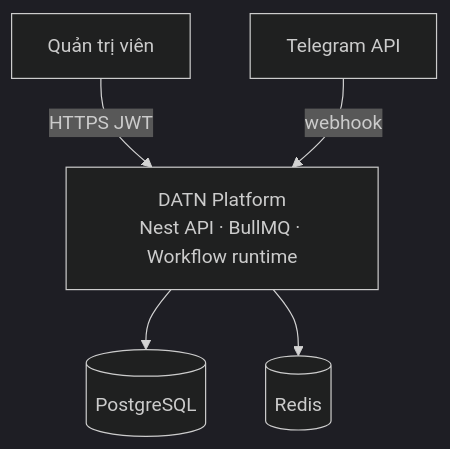
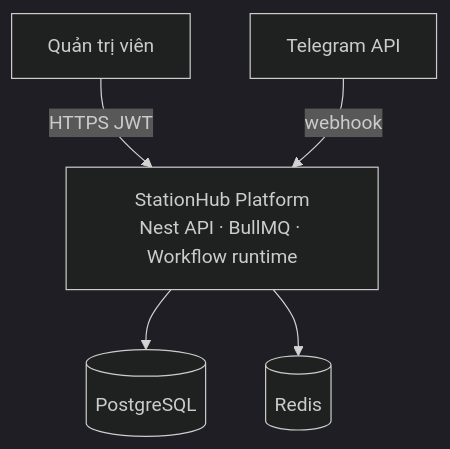
One commit to Daviseraaa/tdoan_remote_datn changed the first of 9 diagrams in docs/project-memory/architecture.md. Above: the diagram before and after it, drawn with Mermaid (dark theme). The commit also changed other lines of this file and 376 other files, not shown here.

````diff
--- a/docs/project-memory/architecture.md
+++ b/docs/project-memory/architecture.md
@@ -13,13 +13,13 @@
 ```mermaid
 flowchart TB
   ADMIN[Quản trị viên]
-  DATN[DATN Platform<br/>Nest API · BullMQ · Workflow runtime]
+  StationHub[StationHub Platform<br/>Nest API · BullMQ · Workflow runtime]
   PG[(PostgreSQL)]
   RD[(Redis)]
   TG[Telegram API]
 
-  ADMIN -->|HTTPS JWT| DATN
-  DATN --> PG
-  DATN --> RD
-  TG -->|webhook| DATN
+  ADMIN -->|HTTPS JWT| StationHub
+  StationHub --> PG
+  StationHub --> RD
+  TG -->|webhook| StationHub
 ```
````
